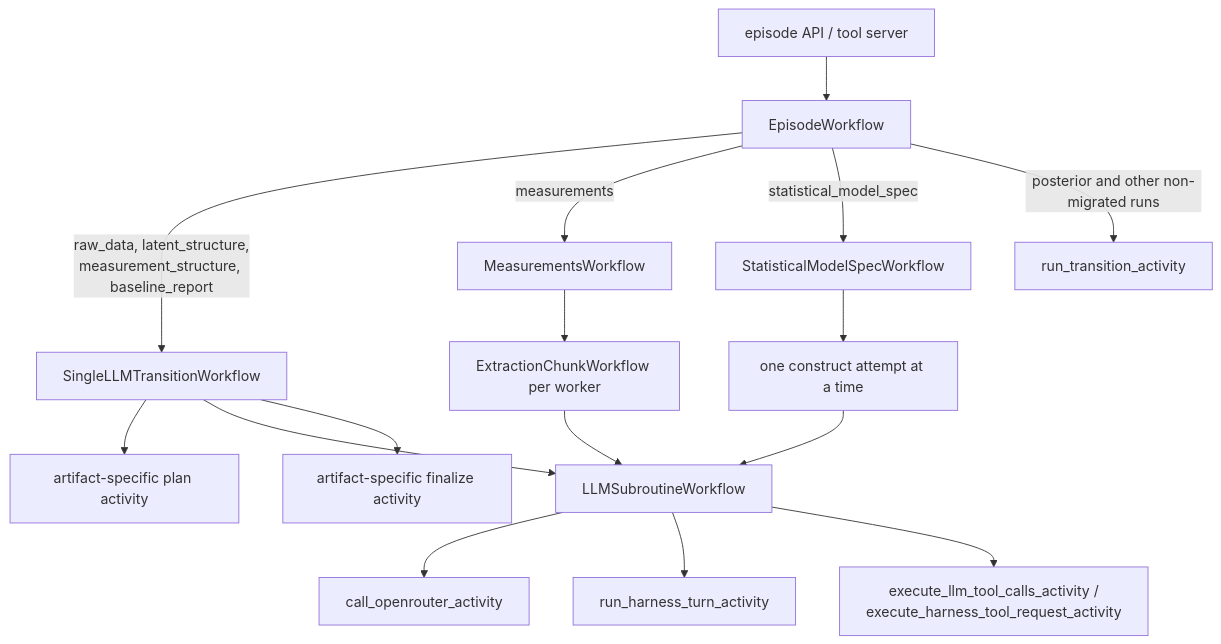
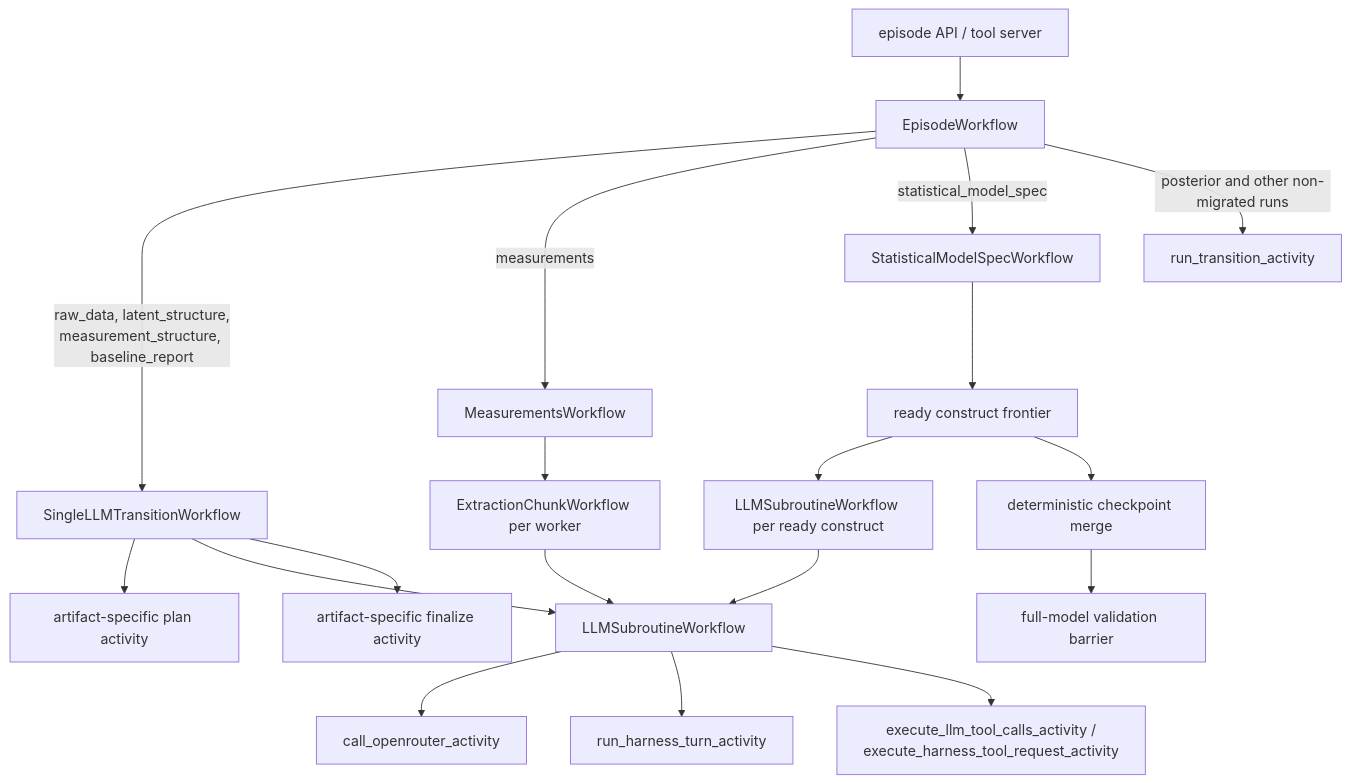
One commit to ma9o/causal-ssm-agent changed the diagram in docs/design/temporal-llm-orchestration.md. Above: the diagram before and after it, drawn with Mermaid. The commit also changed other lines of this file and 291 other files, not shown here.

First line of the commit message:
Rebuild model specification around parallel construct admission

````diff
--- a/docs/design/temporal-llm-orchestration.md
+++ b/docs/design/temporal-llm-orchestration.md
@@ -26,23 +26,26 @@
 ```mermaid
 flowchart TB
     API["episode API / tool server"] --> EP["EpisodeWorkflow"]
 
     EP -->|"raw_data, latent_structure,\nmeasurement_structure, baseline_report"| S["SingleLLMTransitionWorkflow"]
     EP -->|"measurements"| M["MeasurementsWorkflow"]
     EP -->|"statistical_model_spec"| SMS["StatisticalModelSpecWorkflow"]
     EP -->|"posterior and other non-migrated runs"| RTA["run_transition_activity"]
 
     S --> PLAN["artifact-specific plan activity"]
     S --> LLM["LLMSubroutineWorkflow"]
     S --> FINAL["artifact-specific finalize activity"]
 
     M --> CHUNK["ExtractionChunkWorkflow per worker"]
     CHUNK --> LLM
 
-    SMS --> ATTEMPT["one construct attempt at a time"]
+    SMS --> FRONTIER["ready construct frontier"]
+    FRONTIER --> ATTEMPT["LLMSubroutineWorkflow per ready construct"]
     ATTEMPT --> LLM
+    FRONTIER --> MERGE["deterministic checkpoint merge"]
+    MERGE --> BARRIER["full-model validation barrier"]
 
     LLM --> OR["call_openrouter_activity"]
     LLM --> H["run_harness_turn_activity"]
     LLM --> T["execute_llm_tool_calls_activity /\nexecute_harness_tool_request_activity"]
 ```
````
